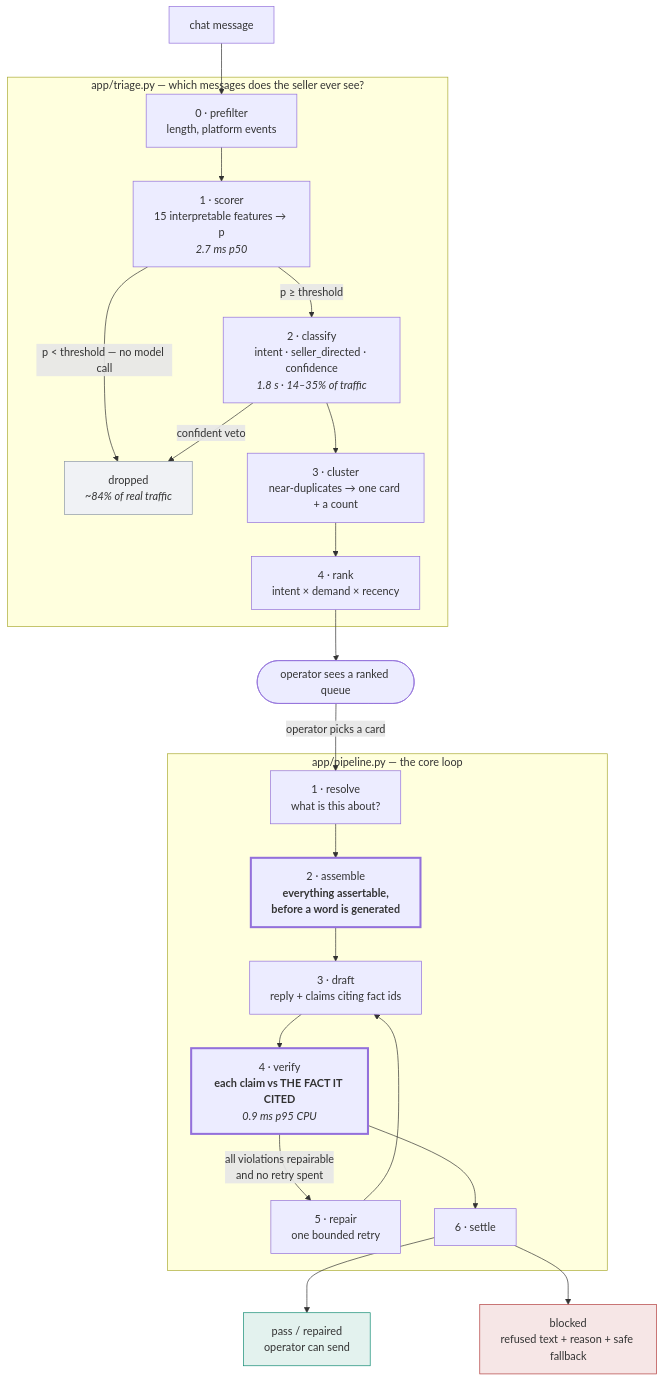
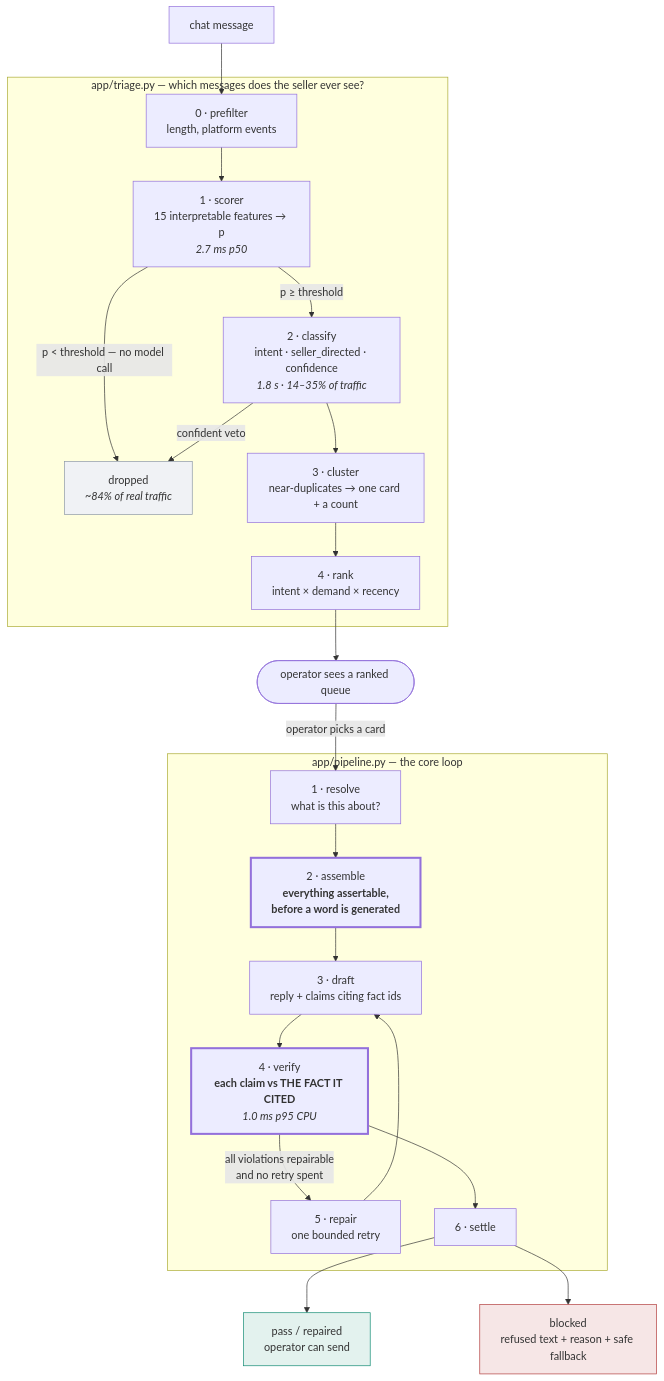
The first of 4 diagrams in docs/TDD.md (kar-ganap/sidestage), drawn with Mermaid before and after one commit. The commit also changed other lines of this file and 10 other files, not shown here.

````diff
--- a/docs/TDD.md
+++ b/docs/TDD.md
@@ -51,33 +51,33 @@
 ```mermaid
 flowchart TD
     M["chat message"] --> P0
 
     subgraph TRIAGE ["app/triage.py — which messages does the seller ever see?"]
         P0["0 · prefilter<br/>length, platform events"] --> P1
         P1["1 · scorer<br/>15 interpretable features → p<br/><i>2.7 ms p50</i>"]
         P1 -->|"p &lt; threshold — no model call"| DROP["dropped<br/><i>~84% of real traffic</i>"]
         P1 -->|"p ≥ threshold"| P2["2 · classify<br/>intent · seller_directed · confidence<br/><i>1.8 s · 14–35% of traffic</i>"]
         P2 -->|"confident veto"| DROP
         P2 --> P3["3 · cluster<br/>near-duplicates → one card + a count"] --> P4["4 · rank<br/>intent × demand × recency"]
     end
 
     P4 --> Q(["operator sees a ranked queue"])
     Q -->|"operator picks a card"| R1
 
     subgraph LOOP ["app/pipeline.py — the core loop"]
         R1["1 · resolve<br/>what is this about?"] --> R2["2 · assemble<br/><b>everything assertable,<br/>before a word is generated</b>"]
         R2 --> R3["3 · draft<br/>reply + claims citing fact ids"]
-        R3 --> R4["4 · verify<br/><b>each claim vs THE FACT IT CITED</b><br/><i>0.9 ms p95 CPU</i>"]
+        R3 --> R4["4 · verify<br/><b>each claim vs THE FACT IT CITED</b><br/><i>1.0 ms p95 CPU</i>"]
         R4 -->|"all violations repairable<br/>and no retry spent"| R5["5 · repair<br/>one bounded retry"] --> R3
         R4 --> R6["6 · settle"]
     end
 
     R6 --> PASS["pass / repaired<br/>operator can send"]
     R6 --> BLOCK["blocked<br/>refused text + reason + safe fallback"]
 
     style DROP fill:#f0f2f5,stroke:#8b97a6
     style BLOCK fill:#f6e6e6,stroke:#b23b3b
     style PASS fill:#e3f2ee,stroke:#0f8a72
     style R2 stroke-width:3px
     style R4 stroke-width:3px
 ```
````
